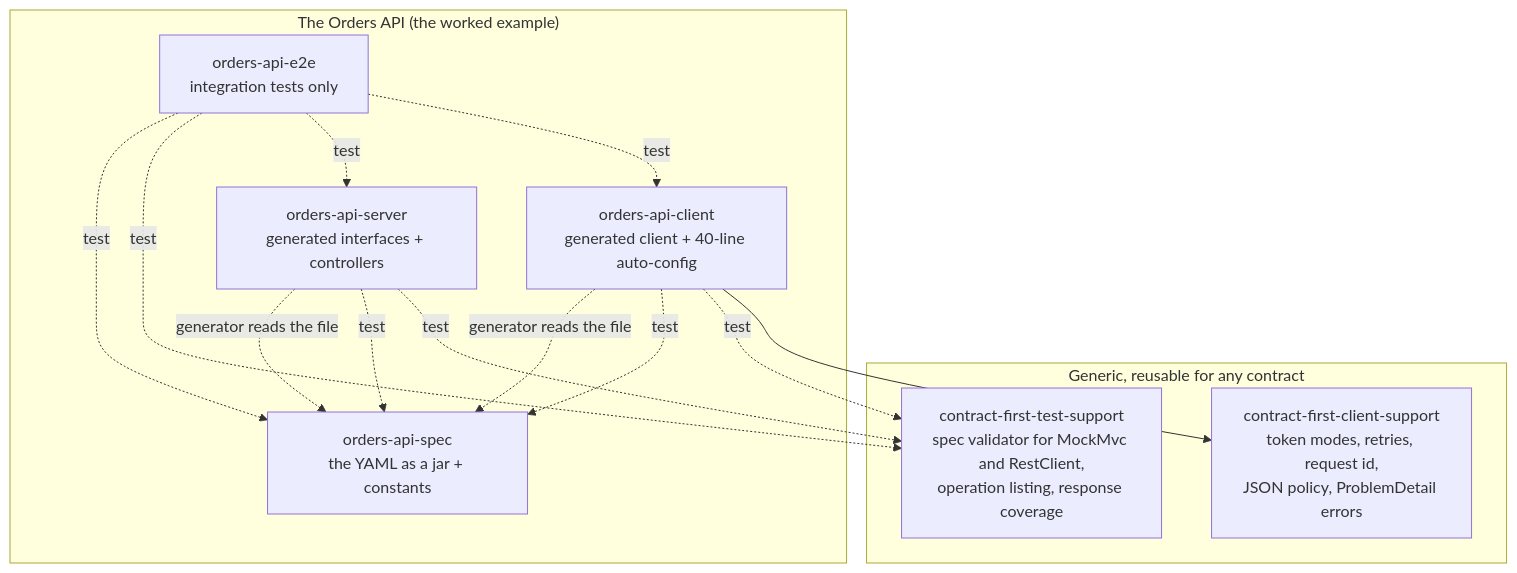
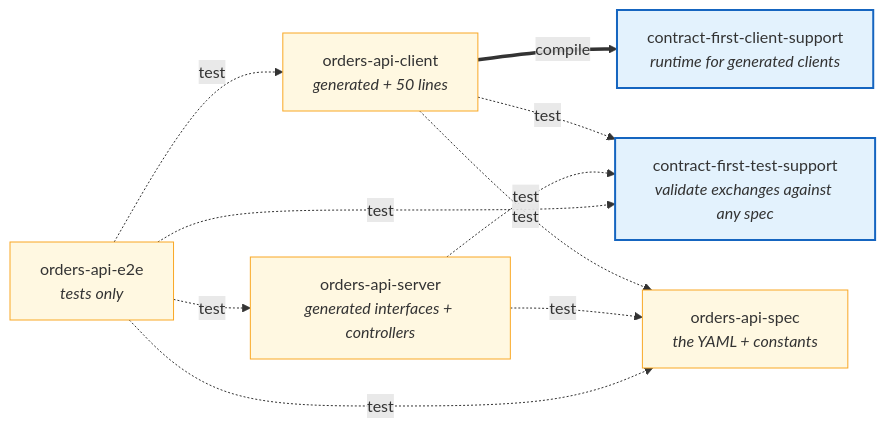
Before and after one commit to dmitrykislov/contract-first-spring: the sixth of 7 diagrams in README.md, drawn with Mermaid. The commit also changed other lines of this file, not shown here.

First line of the commit message:
README: restructure around build time, runtime, verification and onboarding a new spec

````diff
--- a/README.md
+++ b/README.md
@@ -300,20 +450,24 @@
 ```mermaid
-flowchart TB
-    subgraph generic["Generic, reusable for any contract"]
-        CS[contract-first-client-support<br/>token modes, retries, request id,<br/>JSON policy, ProblemDetail errors]
-        TS[contract-first-test-support<br/>spec validator for MockMvc and RestClient,<br/>operation listing, response coverage]
-    end
-    subgraph orders["The Orders API (the worked example)"]
-        SPEC[orders-api-spec<br/>the YAML as a jar + constants]
-        CLIENT[orders-api-client<br/>generated client + 40-line auto-config]
-        SERVER[orders-api-server<br/>generated interfaces + controllers]
-        E2E[orders-api-e2e<br/>integration tests only]
-    end
+flowchart LR
+    E2E["orders-api-e2e<br/><i>tests only</i>"]
+    CLIENT["orders-api-client<br/><i>generated + 50 lines</i>"]
+    SERVER["orders-api-server<br/><i>generated interfaces + controllers</i>"]
+    CS["contract-first-client-support<br/><i>runtime for generated clients</i>"]
+    TS["contract-first-test-support<br/><i>validate exchanges against any spec</i>"]
+    SPEC["orders-api-spec<br/><i>the YAML + constants</i>"]
 
-    CLIENT --> CS
-    CLIENT -. test .-> TS & SPEC
-    SERVER -. test .-> TS & SPEC
-    E2E -. test .-> CLIENT & SERVER & TS & SPEC
-    CLIENT -. generator reads the file .-> SPEC
-    SERVER -. generator reads the file .-> SPEC
+    E2E -.->|test| CLIENT
+    E2E -.->|test| SERVER
+    CLIENT ==>|compile| CS
+    CLIENT -.->|test| TS
+    SERVER -.->|test| TS
+    E2E -.->|test| TS
+    CLIENT -.->|test| SPEC
+    SERVER -.->|test| SPEC
+    E2E -.->|test| SPEC
+
+    classDef lib fill:#e3f2fd,stroke:#1565c0,stroke-width:2px;
+    classDef example fill:#fff8e1,stroke:#f9a825;
+    class CS,TS lib;
+    class E2E,CLIENT,SERVER,SPEC example;
 ```
````
